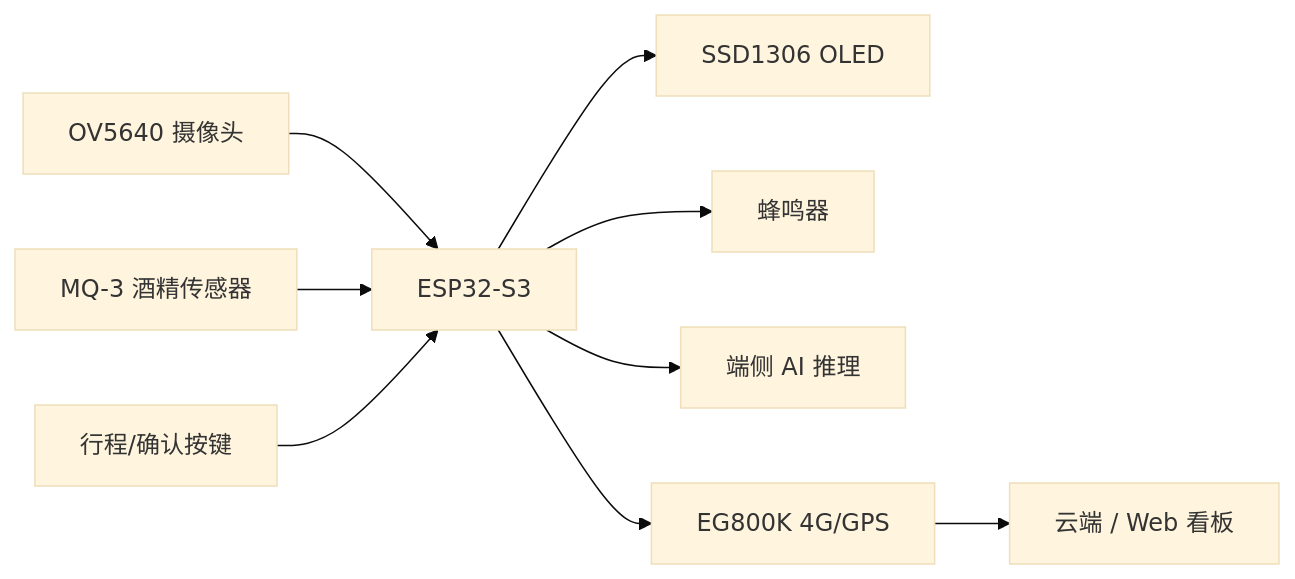
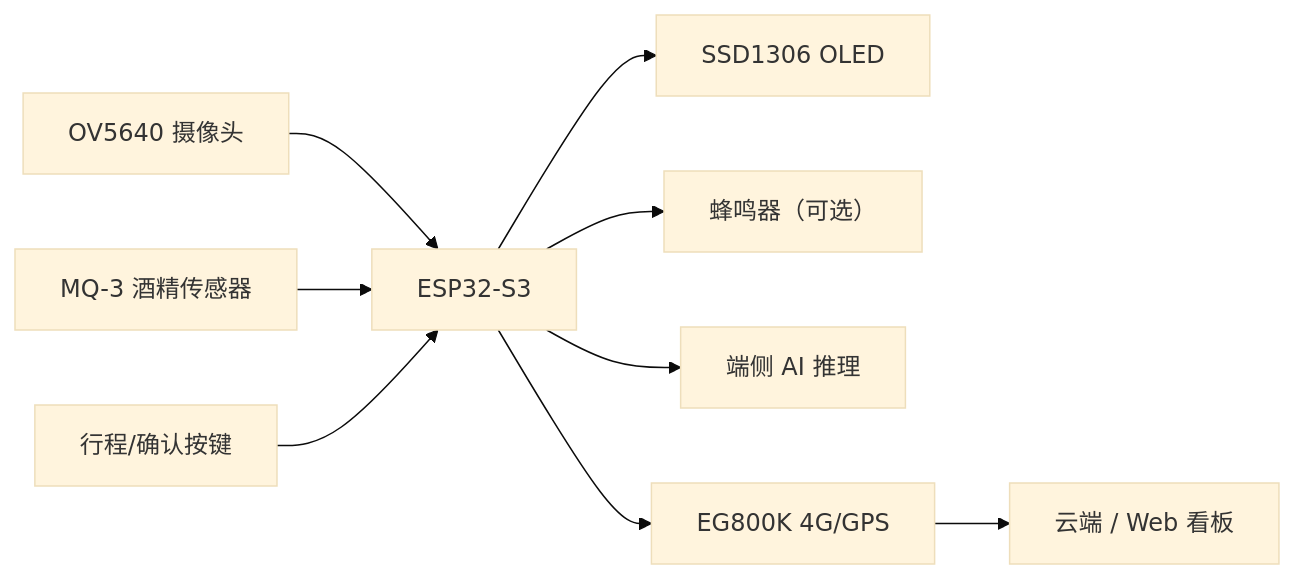
One commit to wwwwyyykkk/-Fatigue-Detection changed the diagram in README.md. Above: the diagram before and after it, drawn with Mermaid (base theme). The commit also changed other lines of this file and 3 other files, not shown here.

````diff
--- a/README.md
+++ b/README.md
@@ -27,11 +27,11 @@
 ```mermaid
 flowchart LR
     CAM[OV5640 摄像头] --> ESP[ESP32-S3]
     MQ3[MQ-3 酒精传感器] --> ESP
     BTN[行程/确认按键] --> ESP
     ESP --> OLED[SSD1306 OLED]
-    ESP --> BUZZ[蜂鸣器]
+    ESP --> BUZZ[蜂鸣器（可选）]
     ESP --> AI[端侧 AI 推理]
     ESP --> EG[EG800K 4G/GPS]
     EG --> CLOUD[云端 / Web 看板]
 ```
````
